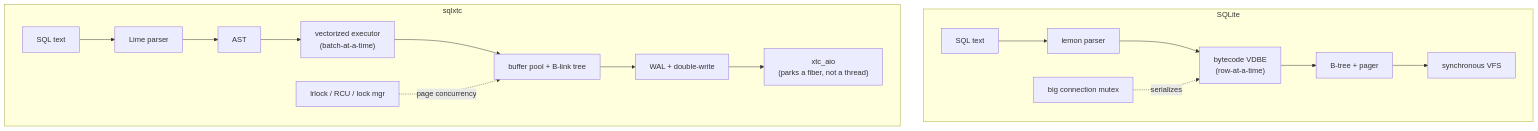
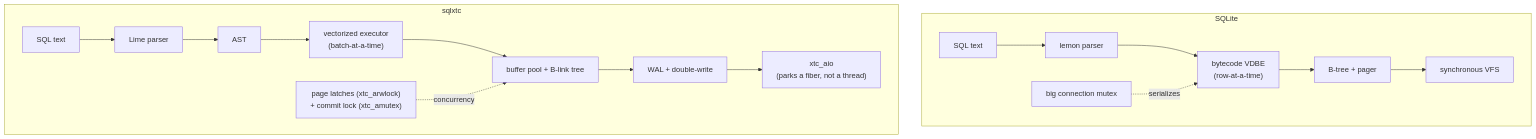
Before and after one commit to gburd/libxtc: the first of 2 diagrams in docs/examples/sqlxtc.md, drawn with Mermaid. The commit also changed other lines of this file and 1 other file, not shown here.

````diff
--- a/docs/examples/sqlxtc.md
+++ b/docs/examples/sqlxtc.md
@@ -41,19 +41,19 @@
 ```mermaid
 flowchart TD
     subgraph SQLite
         Q1["SQL text"] --> P1["lemon parser"]
         P1 --> V1["bytecode VDBE<br/>(row-at-a-time)"]
         V1 --> B1["B-tree + pager"]
         B1 --> VFS["synchronous VFS"]
         L1["big connection mutex"] -.->|serializes| V1
     end
     subgraph sqlxtc
         Q2["SQL text"] --> P2["Lime parser"]
         P2 --> AST["AST"]
         AST --> VX["vectorized executor<br/>(batch-at-a-time)"]
         VX --> BM["buffer pool + B-link tree"]
         BM --> WAL["WAL + double-write"]
         WAL --> AIO["xtc_aio<br/>(parks a fiber, not a thread)"]
-        LR["lrlock / RCU / lock mgr"] -.->|page concurrency| BM
+        LT["page latches (xtc_arwlock)<br/>+ commit lock (xtc_amutex)"] -.->|concurrency| BM
     end
 ```
````
